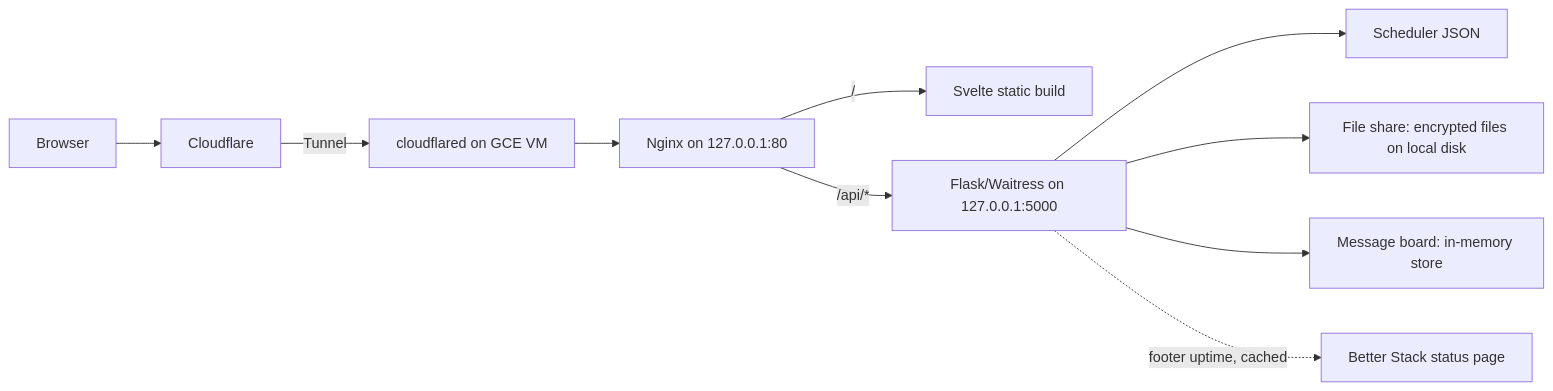
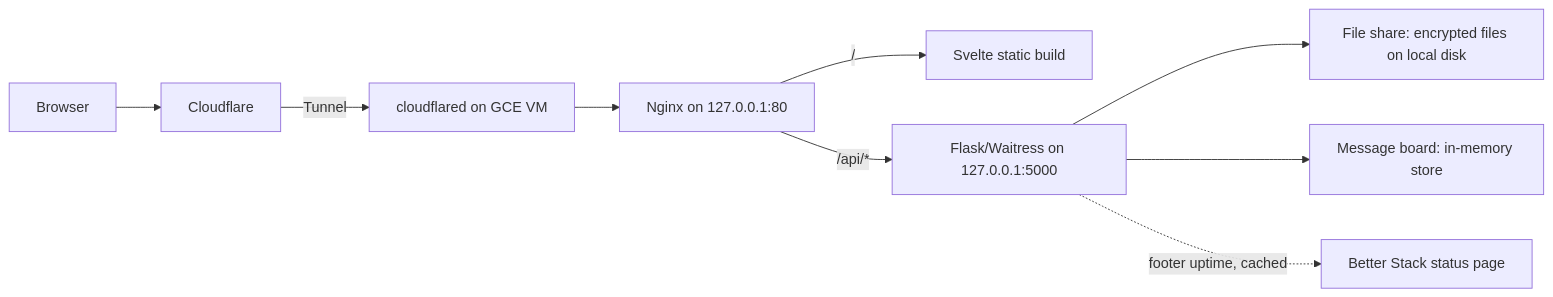
The diagram in documentation/ARCHITECTURE.md (DefiantBurger/Website), drawn with Mermaid before and after one commit. The commit also changed other lines of this file and 16 other files, not shown here.

````diff
--- a/documentation/ARCHITECTURE.md
+++ b/documentation/ARCHITECTURE.md
@@ -11,12 +11,11 @@
 ```mermaid
 flowchart LR
     User[Browser] --> CF[Cloudflare]
     CF -->|Tunnel| CFD[cloudflared on GCE VM]
     CFD --> Nginx[Nginx on 127.0.0.1:80]
     Nginx -->|/| FE[Svelte static build]
     Nginx -->|/api/*| Flask[Flask/Waitress on 127.0.0.1:5000]
-    Flask --> Files[Scheduler JSON]
     Flask --> Disk[File share: encrypted files on local disk]
     Flask --> Mem[Message board: in-memory store]
     Flask -.->|footer uptime, cached| BS[Better Stack status page]
 ```
````
